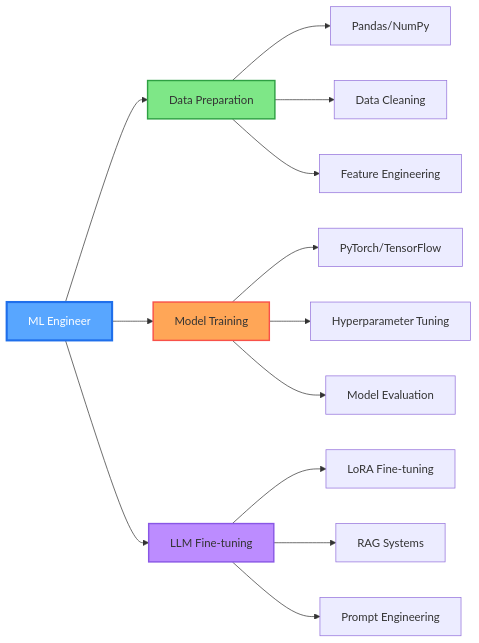
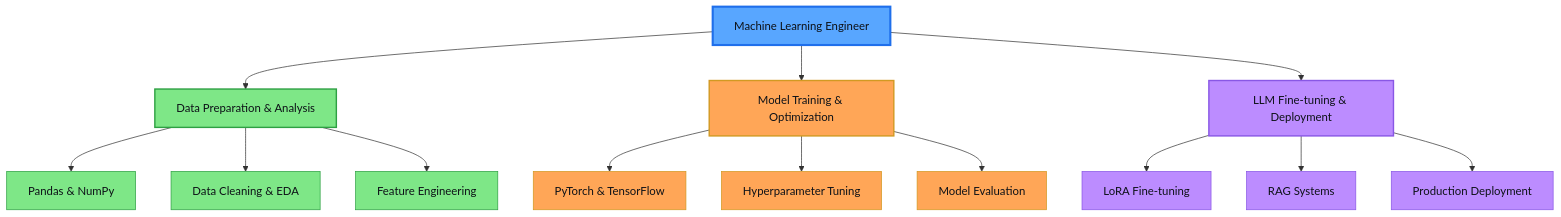
The diagram in README.md (4F71/4F71), drawn with Mermaid before and after one commit. The commit also changed other lines of this file, not shown here.

````diff
--- a/README.md
+++ b/README.md
@@ -272,23 +174,35 @@
 ```mermaid
-graph LR
-    A[ML Engineer] --> B[Data Preparation]
-    A --> C[Model Training]
-    A --> D[LLM Fine-tuning]
+graph TB
+    A[Machine Learning Engineer] --> B[Data Preparation & Analysis]
+    A --> C[Model Training & Optimization]
+    A --> D[LLM Fine-tuning & Deployment]
     
-    B --> B1[Pandas/NumPy]
-    B --> B2[Data Cleaning]
+    B --> B1[Pandas & NumPy]
+    B --> B2[Data Cleaning & EDA]
     B --> B3[Feature Engineering]
     
-    C --> C1[PyTorch/TensorFlow]
+    C --> C1[PyTorch & TensorFlow]
     C --> C2[Hyperparameter Tuning]
     C --> C3[Model Evaluation]
     
     D --> D1[LoRA Fine-tuning]
     D --> D2[RAG Systems]
-    D --> D3[Prompt Engineering]
+    D --> D3[Production Deployment]
     
-    style A fill:#58a6ff,stroke:#1f6feb,stroke-width:3px,color:#fff
-    style B fill:#7ee787,stroke:#2ea043,stroke-width:2px
-    style C fill:#ffa657,stroke:#f85149,stroke-width:2px
-    style D fill:#bc8cff,stroke:#8957e5,stroke-width:2px
+    style A fill:#58a6ff,stroke:#1f6feb,stroke-width:3px,color:#0d1117
+    style B fill:#7ee787,stroke:#2ea043,stroke-width:2px,color:#0d1117
+    style C fill:#ffa657,stroke:#d29922,stroke-width:2px,color:#0d1117
+    style D fill:#bc8cff,stroke:#8957e5,stroke-width:2px,color:#0d1117
+    
+    style B1 fill:#7ee787,stroke:#2ea043,color:#0d1117
+    style B2 fill:#7ee787,stroke:#2ea043,color:#0d1117
+    style B3 fill:#7ee787,stroke:#2ea043,color:#0d1117
+    
+    style C1 fill:#ffa657,stroke:#d29922,color:#0d1117
+    style C2 fill:#ffa657,stroke:#d29922,color:#0d1117
+    style C3 fill:#ffa657,stroke:#d29922,color:#0d1117
+    
+    style D1 fill:#bc8cff,stroke:#8957e5,color:#0d1117
+    style D2 fill:#bc8cff,stroke:#8957e5,color:#0d1117
+    style D3 fill:#bc8cff,stroke:#8957e5,color:#0d1117
 ```
````
